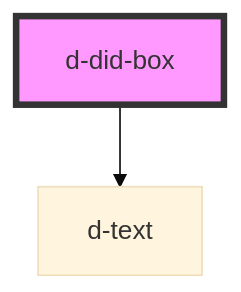
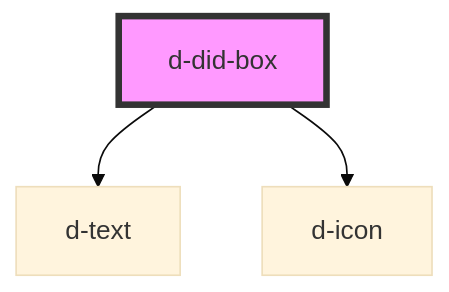
Before and after one commit to ForkbombEu/didroom-components: the diagram in src/components/d-did-box/readme.md, drawn with Mermaid (base theme). The commit also changed other lines of this file and 9 other files, not shown here.

````diff
--- a/src/components/d-did-box/readme.md
+++ b/src/components/d-did-box/readme.md
@@ -22,5 +23,6 @@
 ```mermaid
 graph TD;
   d-did-box --> d-text
+  d-did-box --> d-icon
   style d-did-box fill:#f9f,stroke:#333,stroke-width:4px
 ```
````
